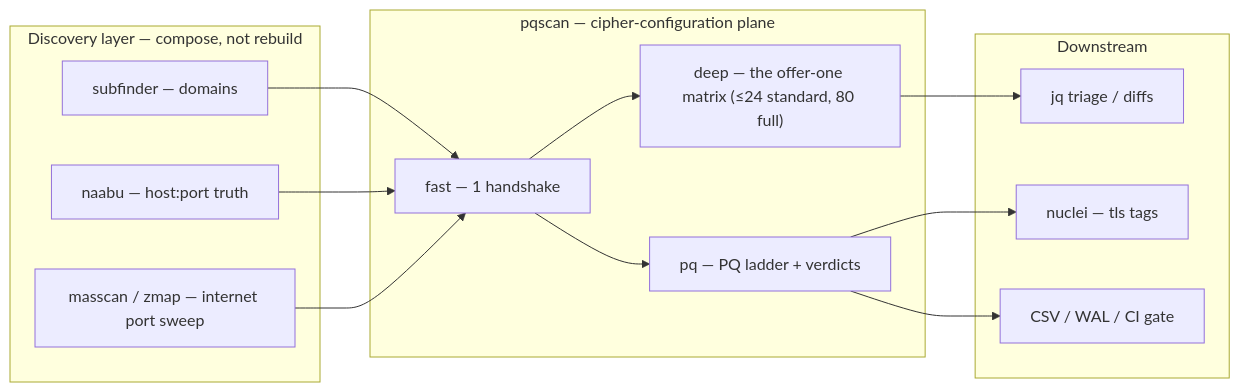
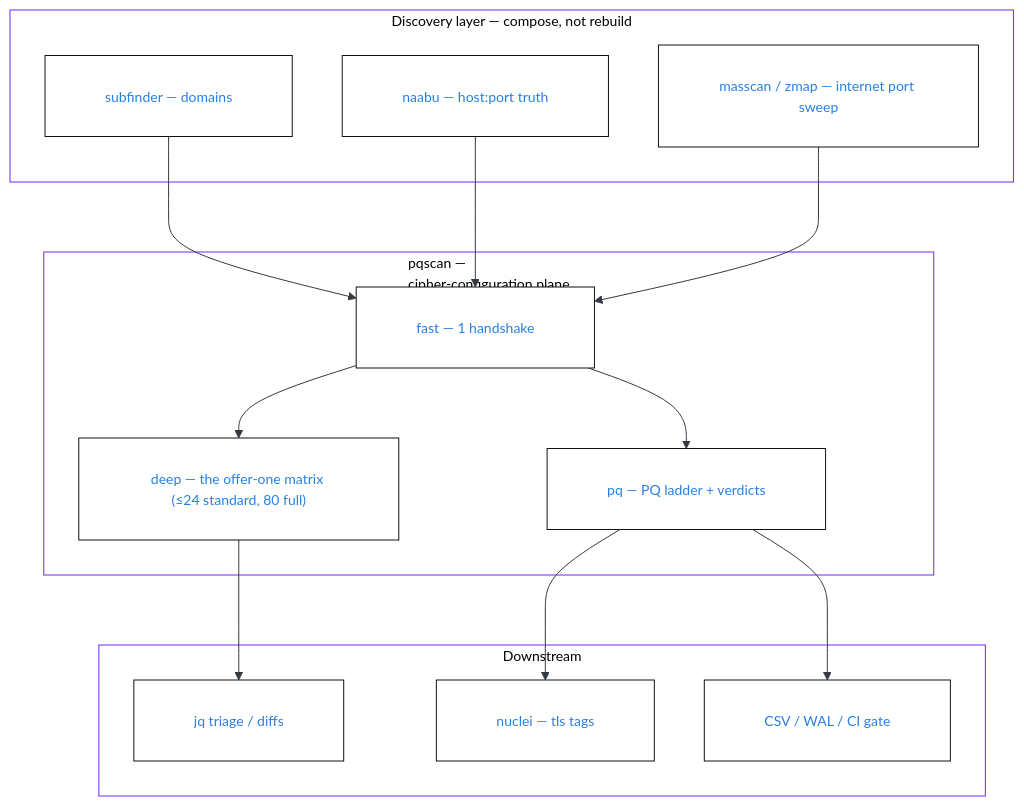
Before and after one commit to shsingh/pqscan: the diagram in site/recipes.qmd, drawn with Mermaid. The commit also changed 1 other file, not shown here.

Commit message:
docs: PQ-65 — the flow diagrams read clean: edge-label backgrounds + the long-chain reorder
Every mermaid engine cell on the design and recipes pages now carries an
init directive pinned to the rendered page: 14px ui-sans-serif labels,
basis curves, 50px node / 70px rank spacing, and an edge-label background
matching the page canvas so any label masks the line beneath it. The long
import-chain diagram on the recipes page reflows top to bottom instead of
sweeping left to right, so the three-plane chain reads without the edge
fan or the squeezed subgraph crowding (its natural layout width drops
from 1208px to ~890px against the same ~800px column). The two-plane
titles pre-split so the layout engine reserves their wrapped height.

````diff
--- a/site/recipes.qmd
+++ b/site/recipes.qmd
@@ -10,26 +10,27 @@
 ``` {mermaid}
-flowchart LR
+%%{init: {"theme":"base","themeVariables":{"fontFamily":"ui-sans-serif, system-ui","fontSize":"14px","primaryColor":"#ffffff","primaryTextColor":"#2780e3","primaryBorderColor":"#111111","lineColor":"#343a40","clusterBkg":"#ffffff","clusterBorder":"#7126f9","clusterLabelBackground":"#ffffff"},"flowchart":{"curve":"basis","nodeSpacing":50,"rankSpacing":70,"padding":30,"edgeLabelBackground":"#ffffff","htmlLabels":true}}}%%
+flowchart TB
   subgraph DISC["Discovery layer — compose, not rebuild"]
     S[subfinder — domains]
     N[naabu — host:port truth]
     M[masscan / zmap — internet port sweep]
   end
-  subgraph PQ["pqscan — cipher-configuration plane"]
+  subgraph PQ["pqscan —<br/>cipher-configuration plane"]
     P1["fast — 1 handshake"]
     P2["deep — the offer-one matrix (≤24 standard, 80 full)"]
     P3["pq — PQ ladder + verdicts"]
   end
   subgraph SINK["Downstream"]
     J[jq triage / diffs]
     U[nuclei — tls tags]
     R[CSV / WAL / CI gate]
   end
   S --> P1
   N --> P1
   M --> P1
   P1 --> P2
   P1 --> P3
   P2 --> J
   P3 --> U
   P3 --> R
 ```
````
